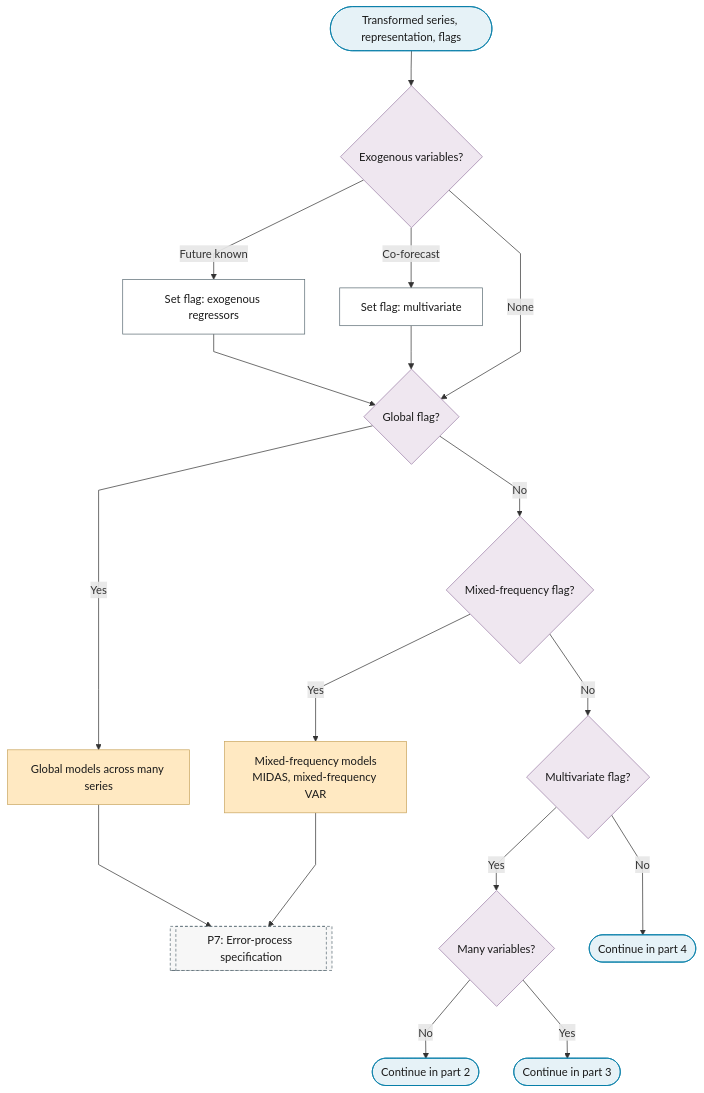
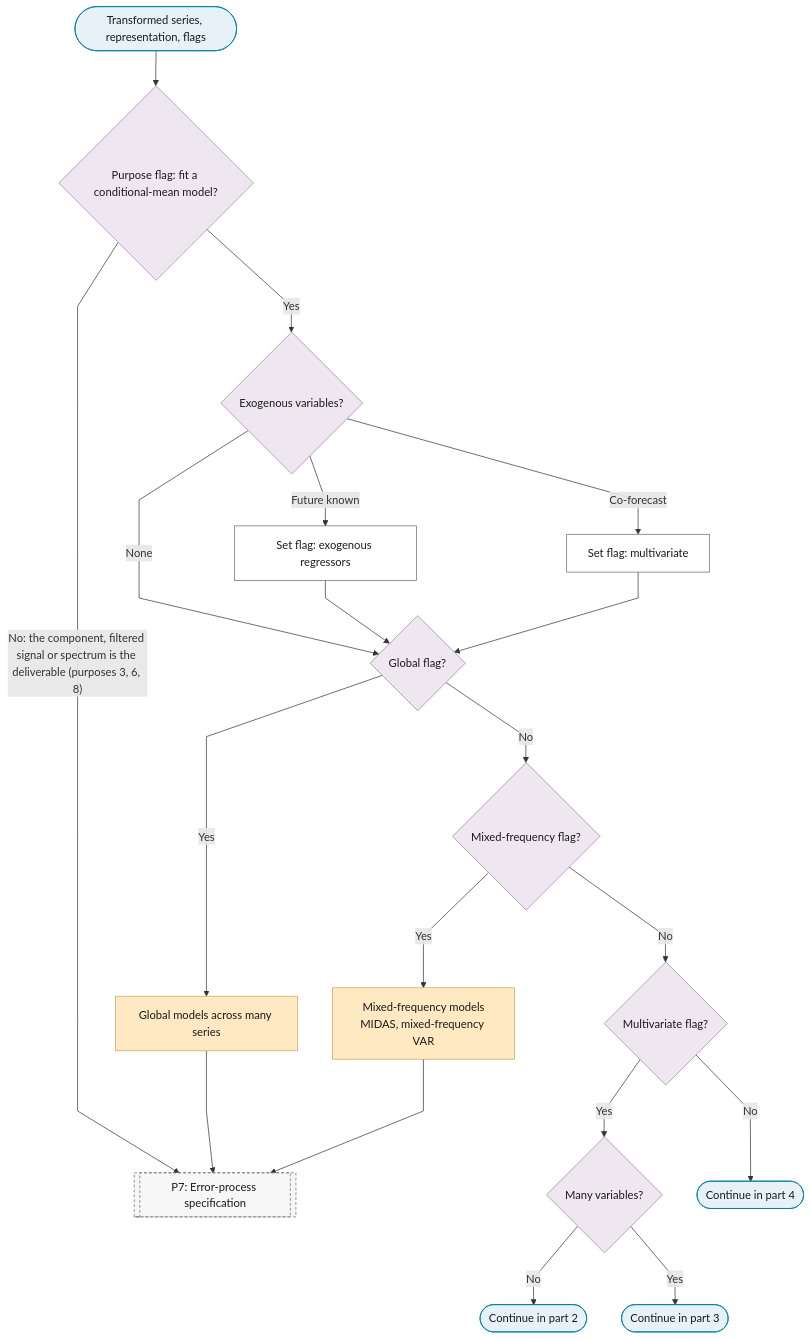
Before and after one commit to Shuxin-Y/time-series-analysis-manual: the first of 10 diagrams in docs/01-workflow/p06-mean-model-class.md, drawn with Mermaid. The commit also changed 12 other files, not shown here.

First line of the commit message:
fix(flowchart): purpose charts index the spine in phase order (rev1 M3)

````diff
--- a/docs/01-workflow/p06-mean-model-class.md
+++ b/docs/01-workflow/p06-mean-model-class.md
@@ -11,31 +11,33 @@
 ```mermaid
 %%{init: {"flowchart": {"curve": "linear"}}}%%
 graph TD
-    P6_IN(["Transformed series, representation, flags"]) --> P6_EXOGENOUS{"Exogenous variables?"}
+    P6_IN(["Transformed series, representation, flags"]) --> P6_MODEL_NEEDED{"Purpose flag: fit a conditional-mean model?"}
+    P6_MODEL_NEEDED -->|"No: the component, filtered signal or spectrum is the deliverable (purposes 3, 6, 8)"| P7
+    P6_MODEL_NEEDED -->|"Yes"| P6_EXOGENOUS{"Exogenous variables?"}
     P6_EXOGENOUS -->|"Future known"| P6_EXOG_FLAG["Set flag: exogenous regressors"]
     P6_EXOGENOUS -->|"Co-forecast"| P6_MULTI_FLAG["Set flag: multivariate"]
     P6_EXOGENOUS -->|"None"| P6_GLOBAL_Q
     P6_EXOG_FLAG & P6_MULTI_FLAG --> P6_GLOBAL_Q{"Global flag?"}
     P6_GLOBAL_Q -->|"Yes"| P6_GLOBAL_MODELS["Global models across many series"]
     P6_GLOBAL_Q -->|"No"| P6_MIXED_Q{"Mixed-frequency flag?"}
     P6_MIXED_Q -->|"Yes"| P6_MIXED_FREQUENCY["Mixed-frequency models<br/>MIDAS, mixed-frequency VAR"]
     P6_MIXED_Q -->|"No"| P6_MULTI_Q{"Multivariate flag?"}
     P6_MULTI_Q -->|"Yes"| P6_MANY_Q{"Many variables?"}
     P6_MULTI_Q -->|"No"| P6_TO_PART_4(["Continue in part 4"])
     P6_MANY_Q -->|"No"| P6_TO_PART_2(["Continue in part 2"])
     P6_MANY_Q -->|"Yes"| P6_TO_PART_3(["Continue in part 3"])
     P6_GLOBAL_MODELS & P6_MIXED_FREQUENCY --> P7[["P7: Error-process specification"]]
     class P6_GLOBAL_MODELS,P6_MIXED_FREQUENCY escalate
     class P6_IN,P6_TO_PART_4,P6_TO_PART_2,P6_TO_PART_3 terminator
-    class P6_EXOGENOUS,P6_GLOBAL_Q,P6_MIXED_Q,P6_MULTI_Q,P6_MANY_Q decision
+    class P6_MODEL_NEEDED,P6_EXOGENOUS,P6_GLOBAL_Q,P6_MIXED_Q,P6_MULTI_Q,P6_MANY_Q decision
     class P6_EXOG_FLAG,P6_MULTI_FLAG process
     class P7 ref
     classDef terminator fill:#E6F2F7,stroke:#007BA7,color:#1A1A1A;
     classDef process fill:#FFFFFF,stroke:#5A6B73,color:#1A1A1A;
     classDef decision fill:#EFE7F0,stroke:#9B7FA7,color:#1A1A1A;
     classDef data fill:#FFF4E0,stroke:#C9A55E,color:#1A1A1A;
     classDef good fill:#DCEFD8,stroke:#4A7A3F,color:#1A1A1A;
     classDef escalate fill:#FFE9C2,stroke:#C9A55E,color:#1A1A1A;
     classDef problem fill:#F2D9DE,stroke:#800020,color:#1A1A1A;
     classDef ref fill:#F7F7F7,stroke:#5A6B73,color:#1A1A1A,stroke-dasharray:4 3;
 ```
````
